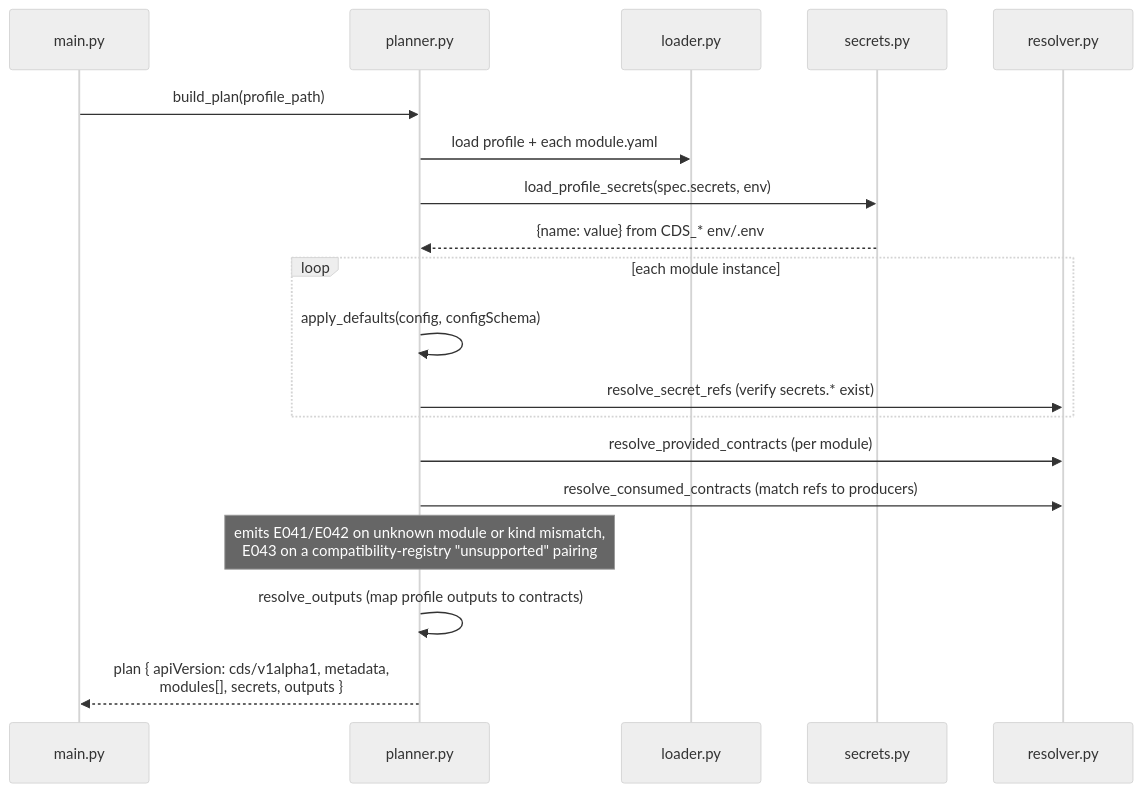
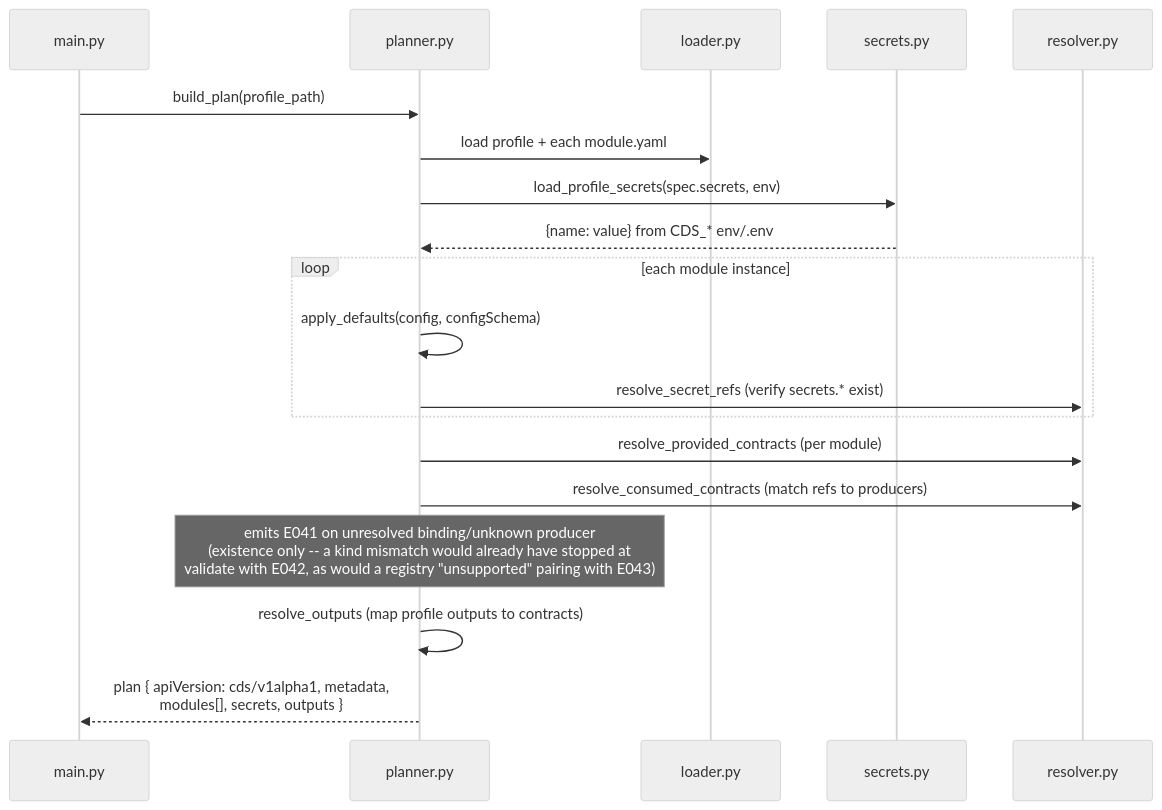
Before and after one commit to RonaldHensbergen/composable-data-stack: the seventh of 9 diagrams in docs/how-it-works.md, drawn with Mermaid (neutral theme). The commit also changed 3 other files, not shown here.

````diff
--- a/docs/how-it-works.md
+++ b/docs/how-it-works.md
@@ -393,22 +393,22 @@
 ```mermaid
 sequenceDiagram
     participant CLI as main.py
     participant Plan as planner.py
     participant Load as loader.py
     participant Secrets as secrets.py
     participant Res as resolver.py
 
     CLI->>Plan: build_plan(profile_path)
     Plan->>Load: load profile + each module.yaml
     Plan->>Secrets: load_profile_secrets(spec.secrets, env)
     Secrets-->>Plan: {name: value} from CDS_* env/.env
     loop each module instance
         Plan->>Plan: apply_defaults(config, configSchema)
         Plan->>Res: resolve_secret_refs (verify secrets.* exist)
     end
     Plan->>Res: resolve_provided_contracts (per module)
     Plan->>Res: resolve_consumed_contracts (match refs to producers)
-    Note over Plan: emits E041/E042 on unknown module or kind mismatch,<br/>E043 on a compatibility-registry "unsupported" pairing
+    Note over Plan: emits E041 on unresolved binding/unknown producer<br/>(existence only -- a kind mismatch would already have stopped at<br/>validate with E042, as would a registry "unsupported" pairing with E043)
     Plan->>Plan: resolve_outputs (map profile outputs to contracts)
     Plan-->>CLI: plan { apiVersion: cds/v1alpha1, metadata,<br/>modules[], secrets, outputs }
 ```
````
